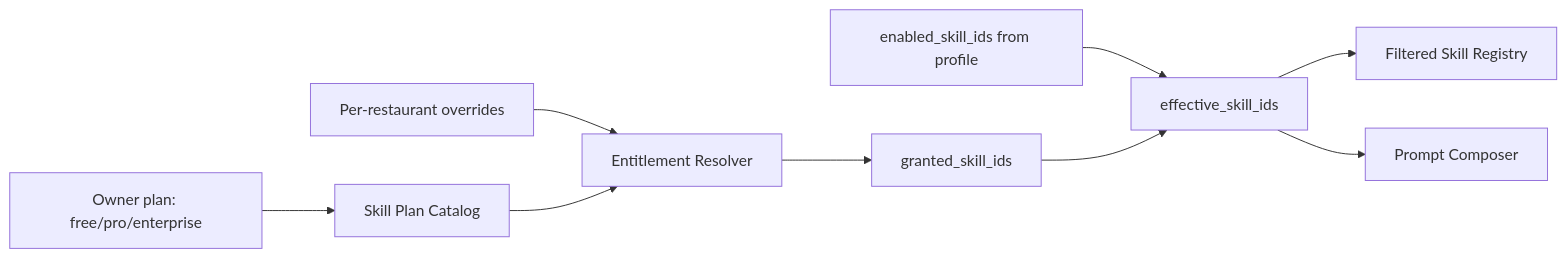
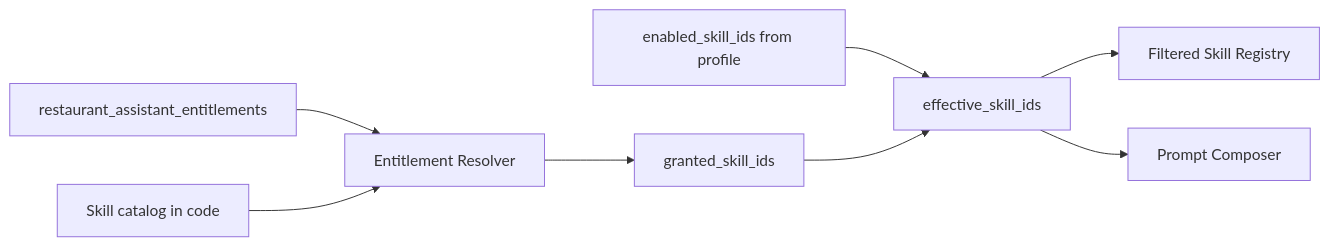
One commit to coderTtxi12/venddelo-ai changed the third of 8 diagrams in docs/superpowers/specs/2026-06-27-agentic-assistant-design.en.md. Above: the diagram before and after it, drawn with Mermaid. The commit also changed other lines of this file, not shown here.

First line of the commit message:
docs: update agentic assistant design for per-restaurant entitlements

````diff
--- a/docs/superpowers/specs/2026-06-27-agentic-assistant-design.en.md
+++ b/docs/superpowers/specs/2026-06-27-agentic-assistant-design.en.md
@@ -458,11 +458,10 @@
 ```mermaid
 flowchart LR
-    Plan[Owner plan: free/pro/enterprise] --> Catalog[Skill Plan Catalog]
-    Overrides[Per-restaurant overrides] --> Resolver[Entitlement Resolver]
-    Catalog --> Resolver
+    Entitlements[restaurant_assistant_entitlements] --> Resolver[Entitlement Resolver]
+    Catalog[Skill catalog in code] --> Resolver
     Resolver --> Granted[granted_skill_ids]
     Enabled[enabled_skill_ids from profile] --> Effective[effective_skill_ids]
     Granted --> Effective
     Effective --> Registry[Filtered Skill Registry]
     Effective --> Prompt[Prompt Composer]
 ```
````
